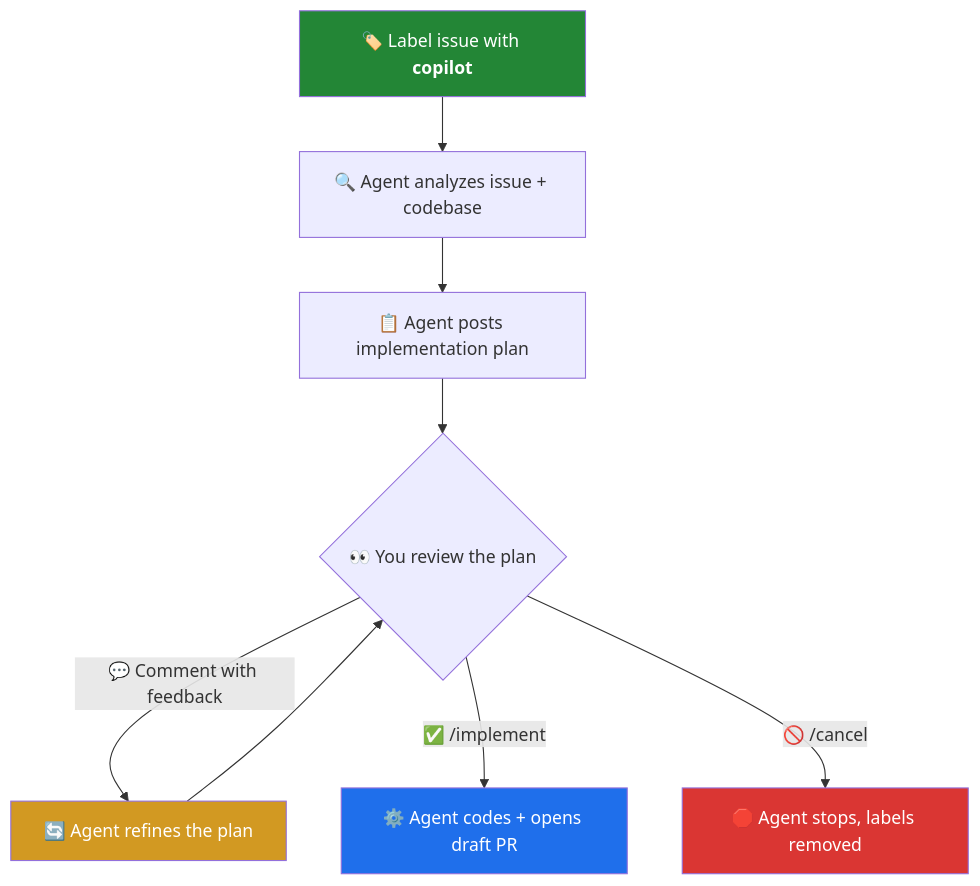
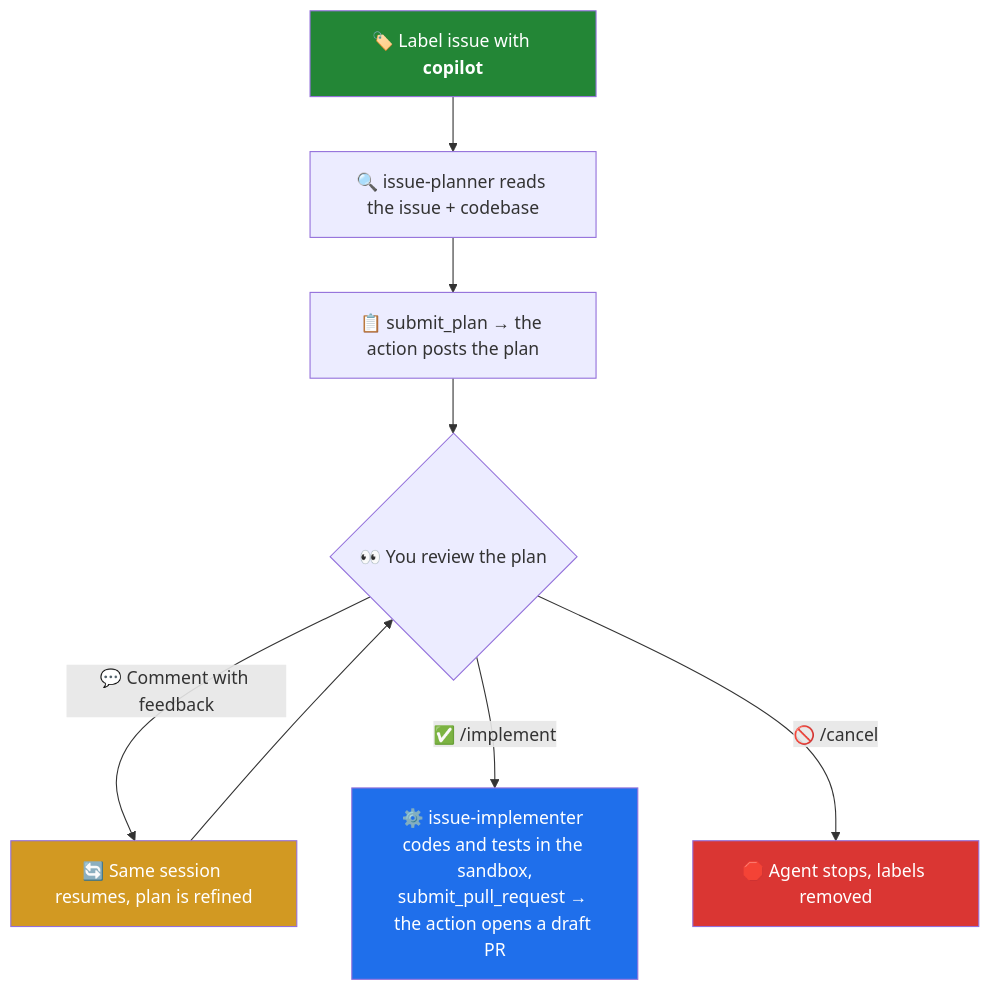
Before and after one commit to jeffrey-groneberg/issue-implementer: the second of 4 diagrams in README.md, drawn with Mermaid. The commit also changed other lines of this file and 25 other files, not shown here.

````diff
--- a/README.md
+++ b/README.md
@@ -51,15 +90,15 @@
 ```mermaid
 flowchart TD
-    A["🏷️ Label issue with <b>copilot</b>"] --> B["🔍 Agent analyzes issue + codebase"]
-    B --> C["📋 Agent posts implementation plan"]
+    A["🏷️ Label issue with <b>copilot</b>"] --> B["🔍 issue-planner reads the issue + codebase"]
+    B --> C["📋 submit_plan → the action posts the plan"]
     C --> D{"👀 You review the plan"}
-    D -->|"💬 Comment with feedback"| E["🔄 Agent refines the plan"]
+    D -->|"💬 Comment with feedback"| E["🔄 Same session resumes, plan is refined"]
     E --> D
-    D -->|"✅ /implement"| F["⚙️ Agent codes + opens draft PR"]
+    D -->|"✅ /implement"| F["⚙️ issue-implementer codes and tests in the sandbox,<br/>submit_pull_request → the action opens a draft PR"]
     D -->|"🚫 /cancel"| G["🛑 Agent stops, labels removed"]
 
     style A fill:#238636,color:#fff
     style F fill:#1f6feb,color:#fff
     style G fill:#da3633,color:#fff
     style E fill:#d29922,color:#fff
 ```
````
